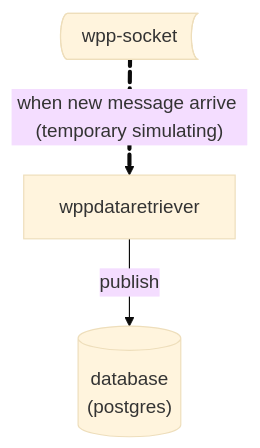
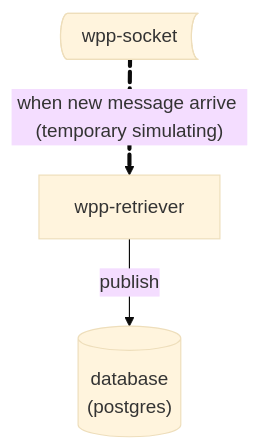
The first of 2 diagrams in profile/README.md (PersonalMessageCenter/.github), drawn with Mermaid (base theme) before and after one commit. The commit also changed other lines of this file, not shown here.

````diff
--- a/profile/README.md
+++ b/profile/README.md
@@ -28,13 +20,13 @@
 ```mermaid
 flowchart TD
     %% participants 
     wpp@{ shape: bow-rect, label: "wpp-socket" }
-    c["wppdataretriever"]
+    c["wpp-retriever"]
     db@{shape: cyl, label: "database<br>(postgres)"}
 
     %% step 1 - communication between communicator and socket
     wpp l1@==> |"when new message arrive (temporary simulating)"| c
 
     l1@{ animate: true }
     c --> |publish| db
 ```
````
